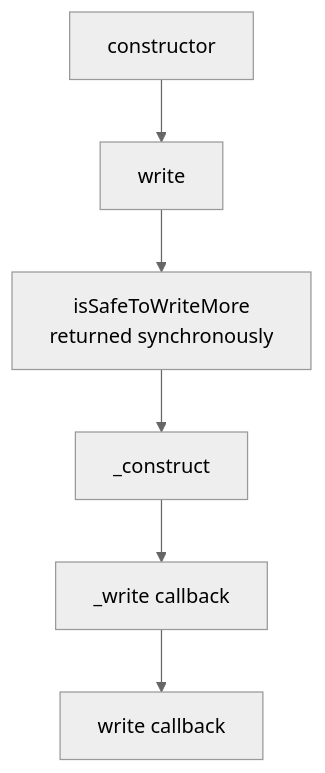
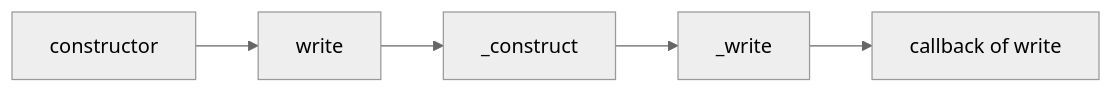
The second of 3 diagrams in docs/nodejs/stream-writable-1.md (samuel871211/yusheng-tech-blog), drawn with Mermaid (neutral theme) before and after one commit. The commit also changed other lines of this file and 3 other files, not shown here.

````diff
--- a/docs/nodejs/stream-writable-1.md
+++ b/docs/nodejs/stream-writable-1.md
@@ -118,8 +112,7 @@
 ```mermaid
-flowchart TD
+flowchart LR
     A[constructor] --> B[write]
-    B --> C[isSafeToWriteMore<br/>returned synchronously]
-    C --> D[_construct]
-    D --> E[_write callback]
-    E --> F[write callback]
+    B --> C[_construct]
+    C --> D[_write]
+    D --> F[callback of write]
 ```
````
